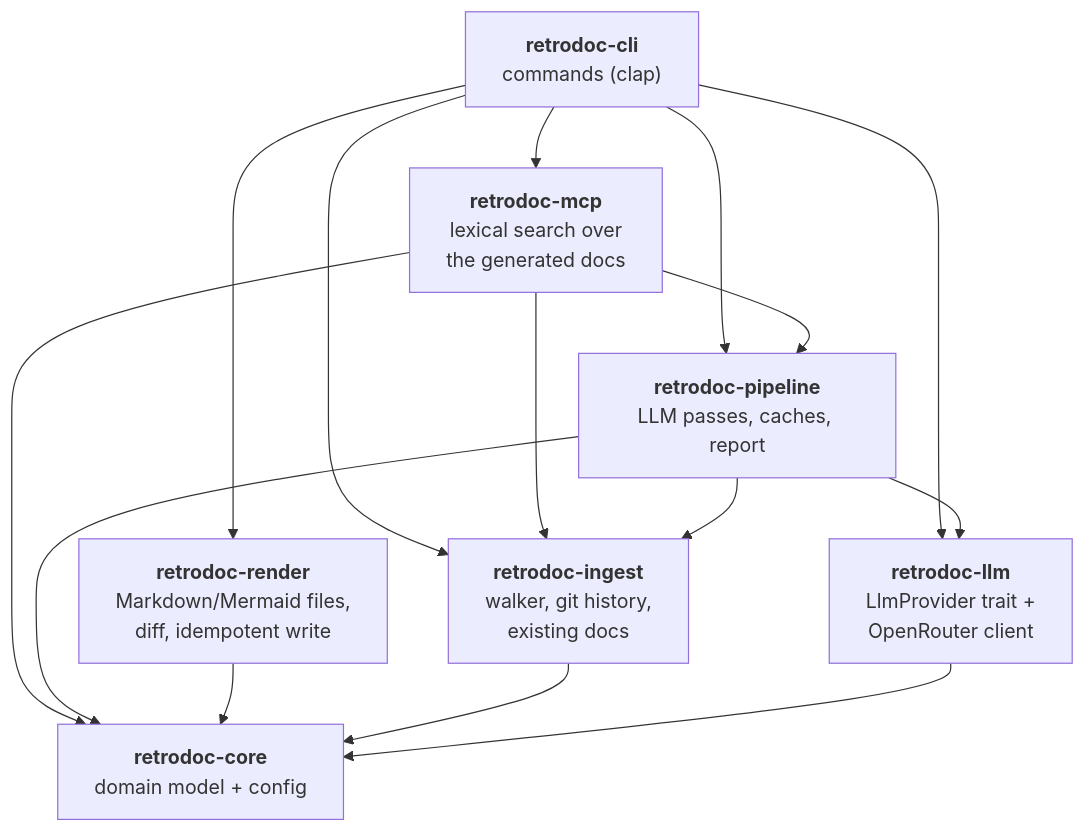
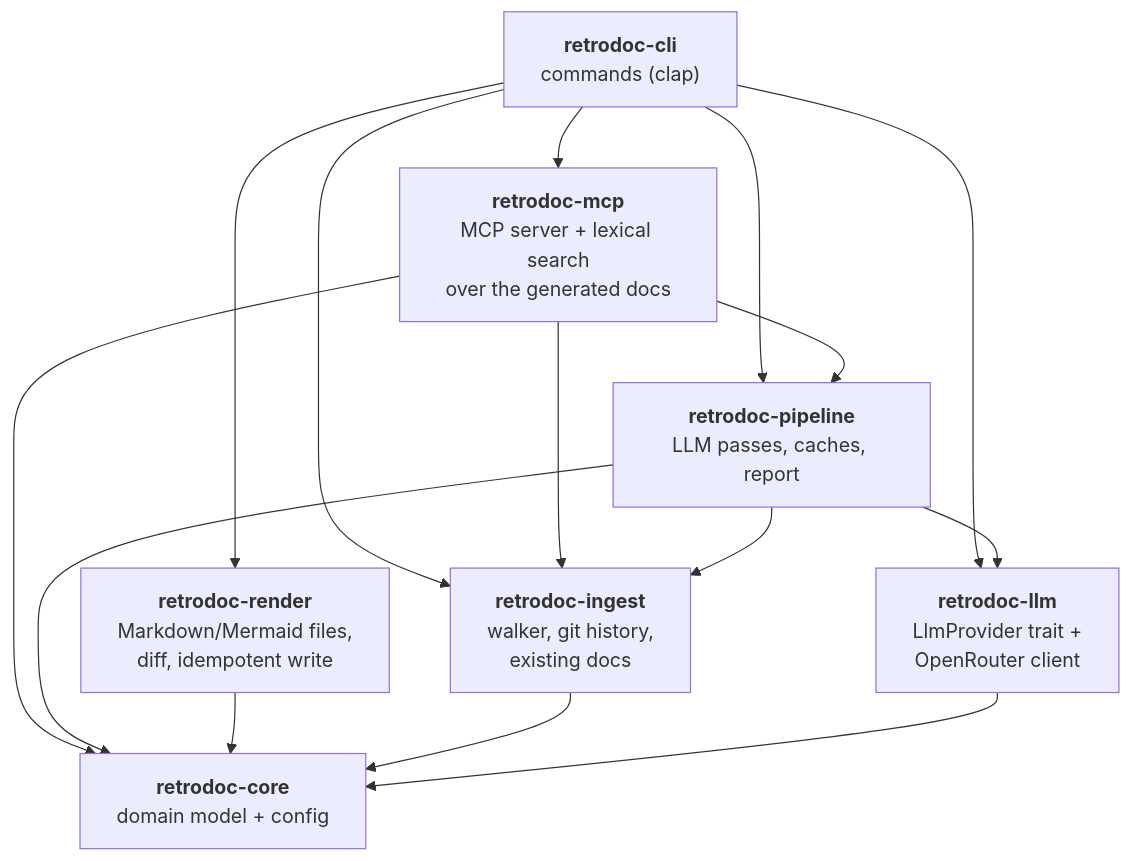
The second of 8 diagrams in docs/ARCHITECTURE.md (Electron-libre/RetroDoc), drawn with Mermaid before and after one commit. The commit also changed other lines of this file and 19 other files, not shown here.

````diff
--- a/docs/ARCHITECTURE.md
+++ b/docs/ARCHITECTURE.md
@@ -27,25 +27,25 @@
 ```mermaid
 flowchart TD
     cli["<b>retrodoc-cli</b><br/>commands (clap)"]
     pipe["<b>retrodoc-pipeline</b><br/>LLM passes, caches, report"]
     render["<b>retrodoc-render</b><br/>Markdown/Mermaid files,<br/>diff, idempotent write"]
-    mcp["<b>retrodoc-mcp</b><br/>lexical search over<br/>the generated docs"]
+    mcp["<b>retrodoc-mcp</b><br/>MCP server + lexical search<br/>over the generated docs"]
     ingest["<b>retrodoc-ingest</b><br/>walker, git history,<br/>existing docs"]
     llm["<b>retrodoc-llm</b><br/>LlmProvider trait +<br/>OpenRouter client"]
     core["<b>retrodoc-core</b><br/>domain model + config"]
 
     cli --> pipe
     cli --> render
     cli --> ingest
     cli --> llm
     cli --> mcp
     mcp --> pipe
     mcp --> ingest
     mcp --> core
     pipe --> ingest
     pipe --> llm
     pipe --> core
     render --> core
     ingest --> core
     llm --> core
 ```
````
